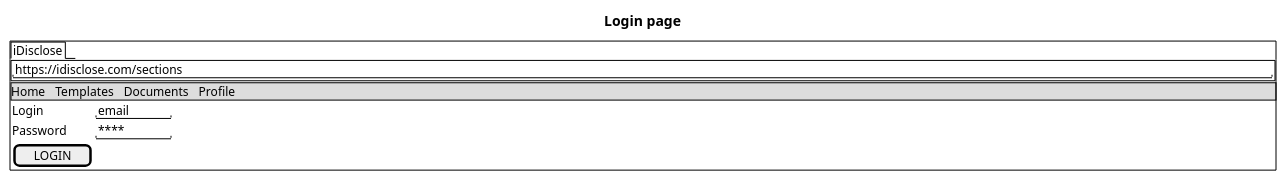
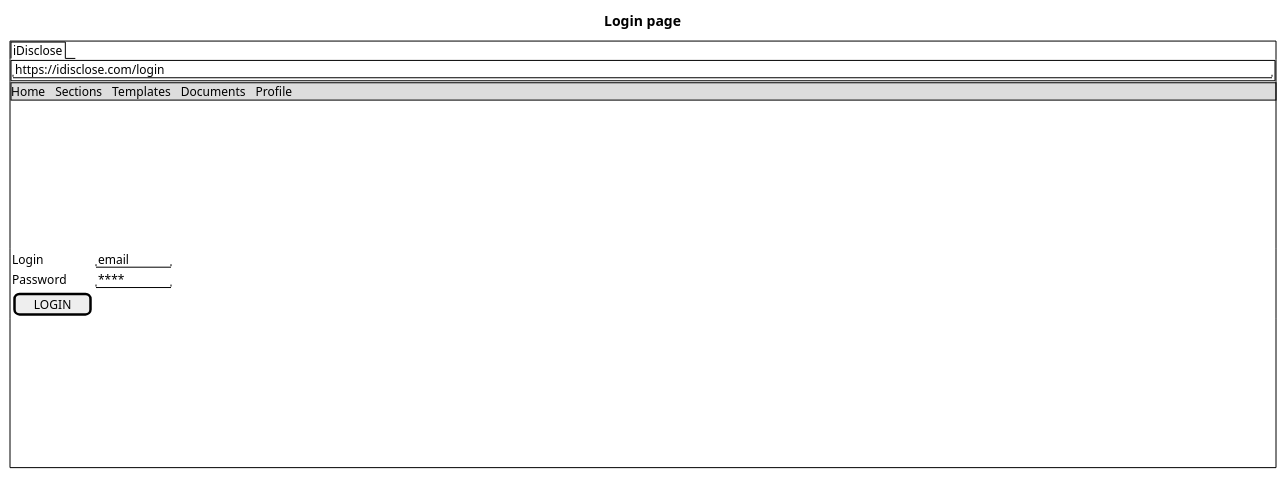
Before and after one commit to marioanticoli/idisclose: the diagram in diagrams/wireframes/01_login.puml, drawn with PlantUML. The commit also changed 24 other files, not shown here.

```diff
--- a/diagrams/wireframes/01_login.puml
+++ b/diagrams/wireframes/01_login.puml
@@ -1,16 +1,35 @@
 @startsalt
 title Login page
 {+
 {/ iDisclose }
 {+
-  "https://idisclose.com/sections                                                                                                                               "
+  "https://idisclose.com/login                                                                                                                                  "
 }
-{* Home | Templates | Documents | Profile }
+{* Home | Sections | Templates | Documents | Profile }
+{
+  .
+  .
+  .
+  .
+  .
+  .
+  .
+  .
+}
 {
   Login    | "email    "
   Password | "****     "
   [  LOGIN  ]
 }
-
+{
+  .
+  .
+  .
+  .
+  .
+  .
+  .
+  .
+}
 }
 @endsalt
```
